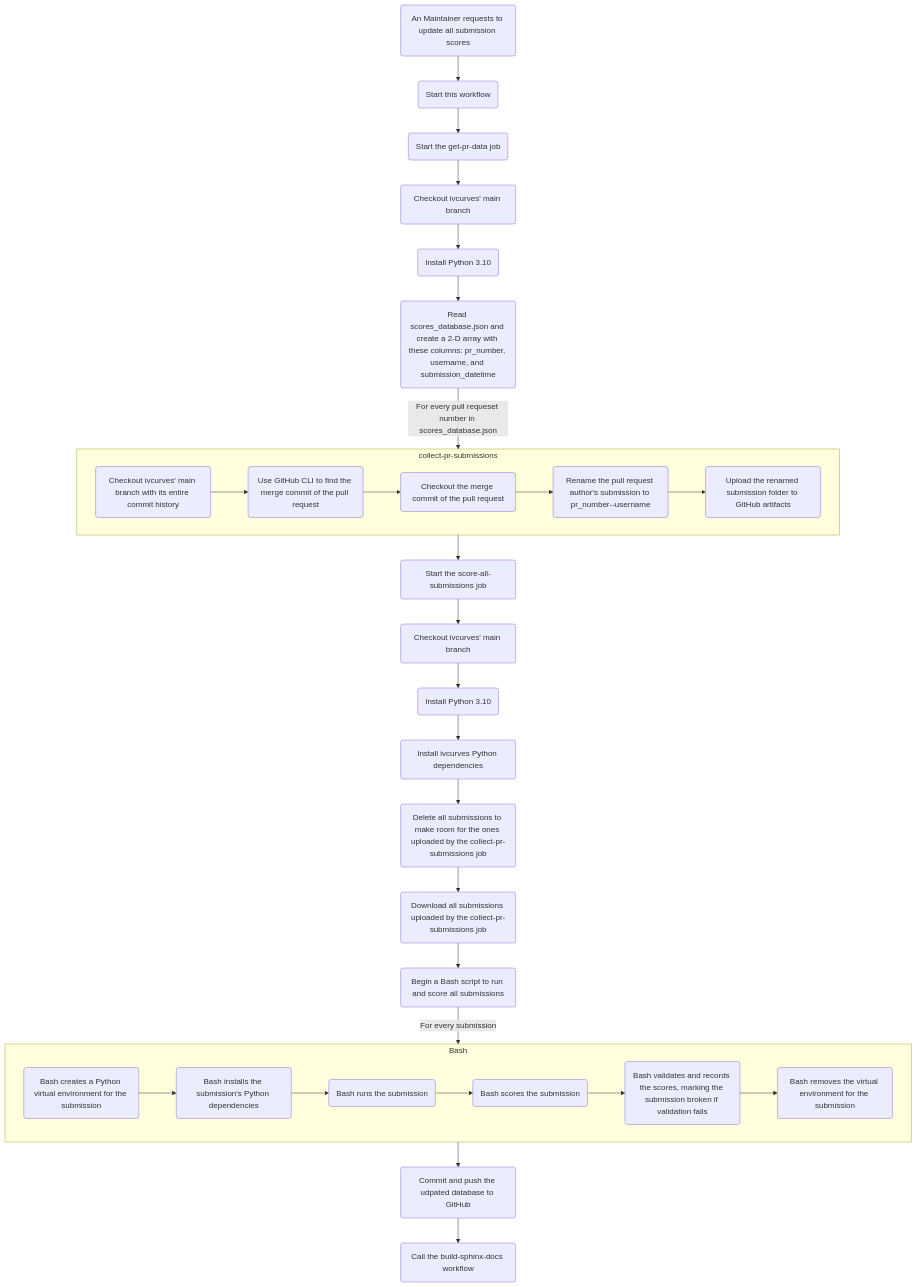
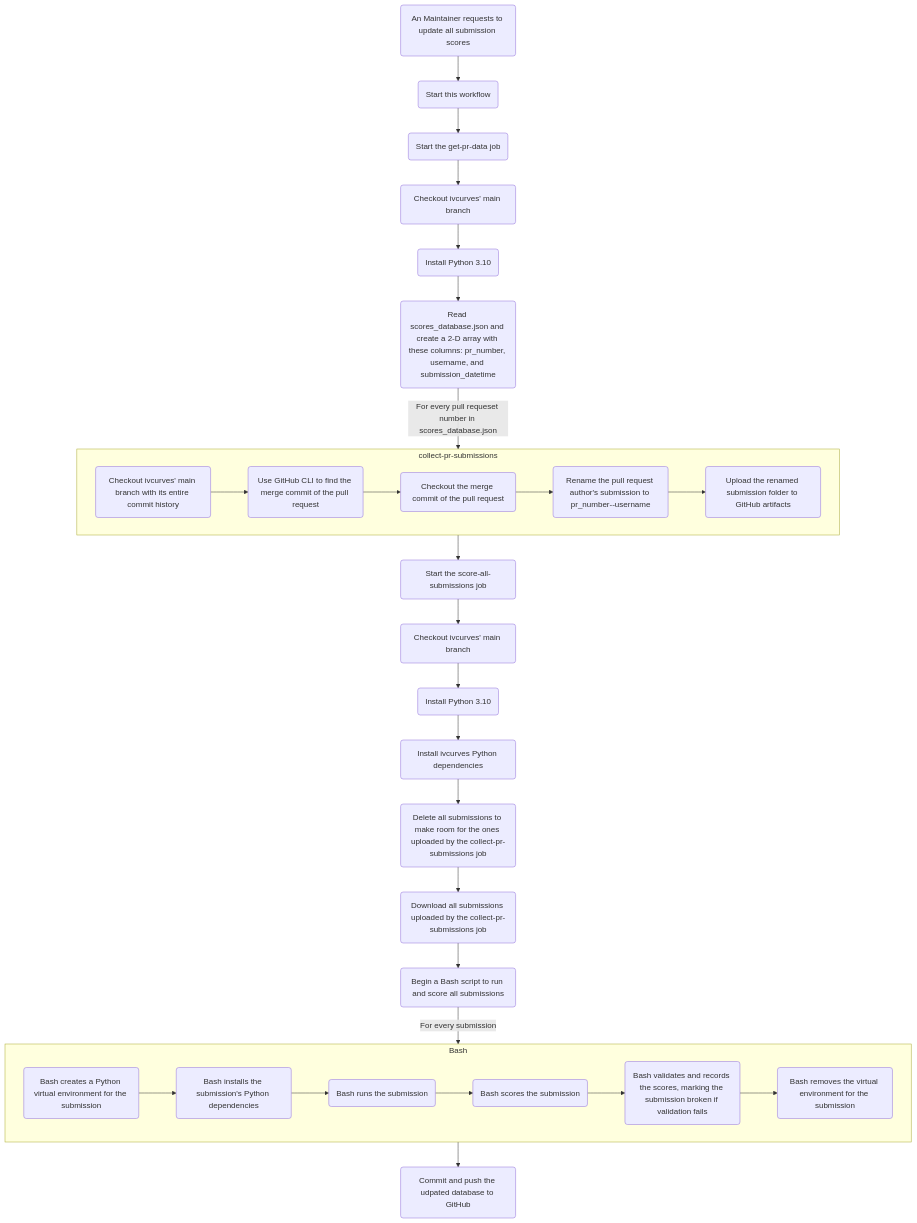
One commit to cwhanse/ivcurves changed the diagram in docs/sphinx/source/reference/github_workflows/update_scores.rst. Above: the diagram before and after it, drawn with Mermaid. The commit also changed 6 other files, not shown here.

Commit message:
remove build-sphinx-docs workflow (#41)

```diff
--- a/docs/sphinx/source/reference/github_workflows/update_scores.rst
+++ b/docs/sphinx/source/reference/github_workflows/update_scores.rst
@@ -4,39 +4,37 @@
 .. mermaid::
 
    flowchart
    MaintainerCallsWorkflow(An Maintainer requests to update all submission scores) --> StartWorkflow(Start this workflow)
 
    StartWorkflow --> StartGetPRDataJob(Start the get-pr-data job)
    StartGetPRDataJob --> CheckoutGetPRData(Checkout ivcurves' main branch)
    CheckoutGetPRData --> InstallPython310GetPRData(Install Python 3.10)
    InstallPython310GetPRData --> ReadScoresDatabasePullRequestData(Read scores_database.json and create a 2-D array with these columns: pr_number, username, and submission_datetime)
 
    subgraph collect-pr-submissions
    CheckoutCollectPRSubmissions(Checkout ivcurves' main branch with its entire commit history) --> FindPRMergeCommit(Use GitHub CLI to find the merge commit of the pull request)
    FindPRMergeCommit --> CheckoutPRMergeCommit(Checkout the merge commit of the pull request)
    CheckoutPRMergeCommit --> RenameSubmissionFolder(Rename the pull request author's submission to pr_number--username)
    RenameSubmissionFolder --> UploadRenamedSubmissionFolder(Upload the renamed submission folder to GitHub artifacts)
    end
 
    ReadScoresDatabasePullRequestData -->|For every pull requeset number in scores_database.json| collect-pr-submissions
    collect-pr-submissions --> StartScoreAllSubmissionsJob(Start the score-all-submissions job)
 
    StartScoreAllSubmissionsJob --> CheckoutScoreAllSubmissions(Checkout ivcurves' main branch)
    CheckoutScoreAllSubmissions --> InstallPython310ScoreAllSubmissions(Install Python 3.10)
    InstallPython310ScoreAllSubmissions --> InstallIVCurvesDependencies(Install ivcurves Python dependencies)
    InstallIVCurvesDependencies --> DeleteAllSubmissions(Delete all submissions to make room for the ones uploaded by the collect-pr-submissions job)
    DeleteAllSubmissions --> DownloadGitHubArtifactsSubmissions(Download all submissions uploaded by the collect-pr-submissions job)
    DownloadGitHubArtifactsSubmissions --> BeginBashScriptToRunAllSubmissions(Begin a Bash script to run and score all submissions)
 
    subgraph Bash
    BashCreateVirtualEnv(Bash creates a Python virtual environment for the submission) --> BashInstallSubmissionDependencies(Bash installs the submission's Python dependencies)
    BashInstallSubmissionDependencies --> BashRunSubmission(Bash runs the submission)
    BashRunSubmission --> BashScoreSubmission(Bash scores the submission)
    BashScoreSubmission --> BashValidateRecordScores(Bash validates and records the scores, marking the submission broken if validation fails)
    BashValidateRecordScores --> BashRemoveVirtualEnv(Bash removes the virtual environment for the submission)
    end
 
    BeginBashScriptToRunAllSubmissions -->|For every submission| Bash
    Bash --> CommitModifiedDatabase(Commit and push the udpated database to GitHub)
-
-   CommitModifiedDatabase --> StartBuildSphinxDocksWorkflow(Call the build-sphinx-docs workflow)
```
